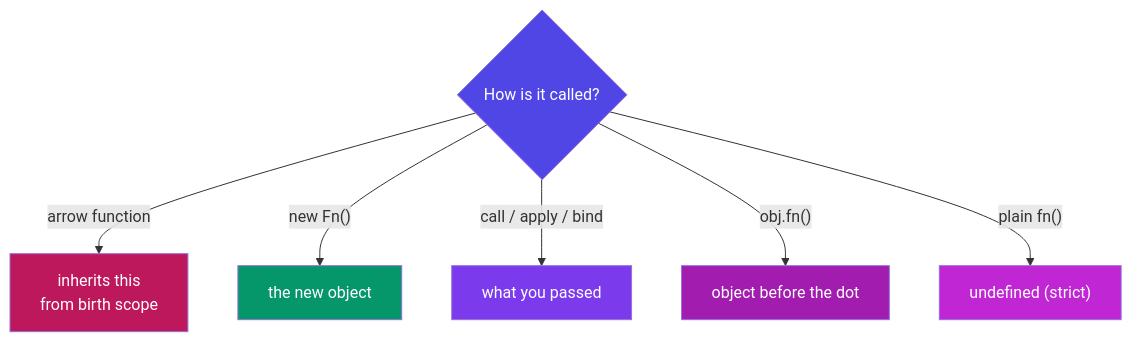
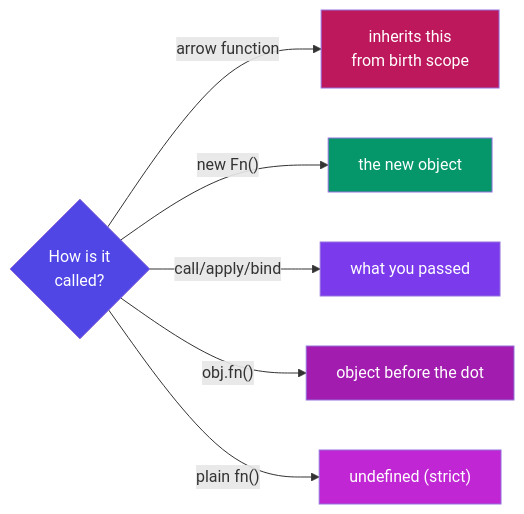
One commit to nikhilvanama/Learning_Plan changed the first of 2 diagrams in 50-Day-Challenge/JS-Interview-Cheat-Sheet.md. Above: the diagram before and after it, drawn with Mermaid. The commit also changed 4 other files, not shown here.

````diff
--- a/50-Day-Challenge/JS-Interview-Cheat-Sheet.md
+++ b/50-Day-Challenge/JS-Interview-Cheat-Sheet.md
@@ -212,14 +212,14 @@
 ```mermaid
-graph TD
-    Q{"How is it called?"} -->|"arrow function"| A5["inherits this<br/>from birth scope"]
+graph LR
+    Q{"How is it<br/>called?"} -->|"arrow function"| A5["inherits this<br/>from birth scope"]
     Q -->|"new Fn()"| A1["the new object"]
-    Q -->|"call / apply / bind"| A2["what you passed"]
+    Q -->|"call/apply/bind"| A2["what you passed"]
     Q -->|"obj.fn()"| A3["object before the dot"]
     Q -->|"plain fn()"| A4["undefined (strict)"]
     style Q fill:#4f46e5,color:#fff
     style A1 fill:#059669,color:#fff
     style A2 fill:#7c3aed,color:#fff
     style A3 fill:#a21caf,color:#fff
     style A4 fill:#c026d3,color:#fff
     style A5 fill:#be185d,color:#fff
 ```
````
